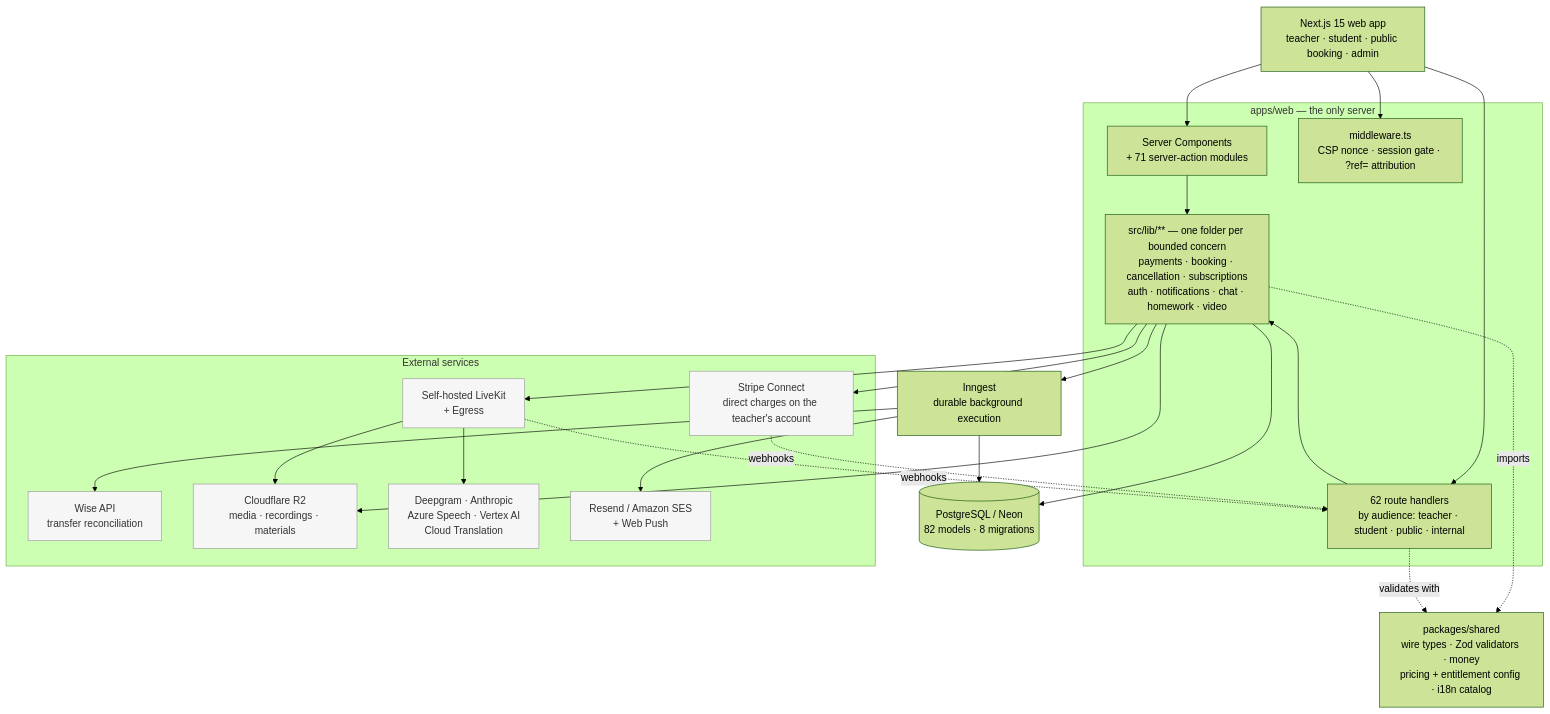
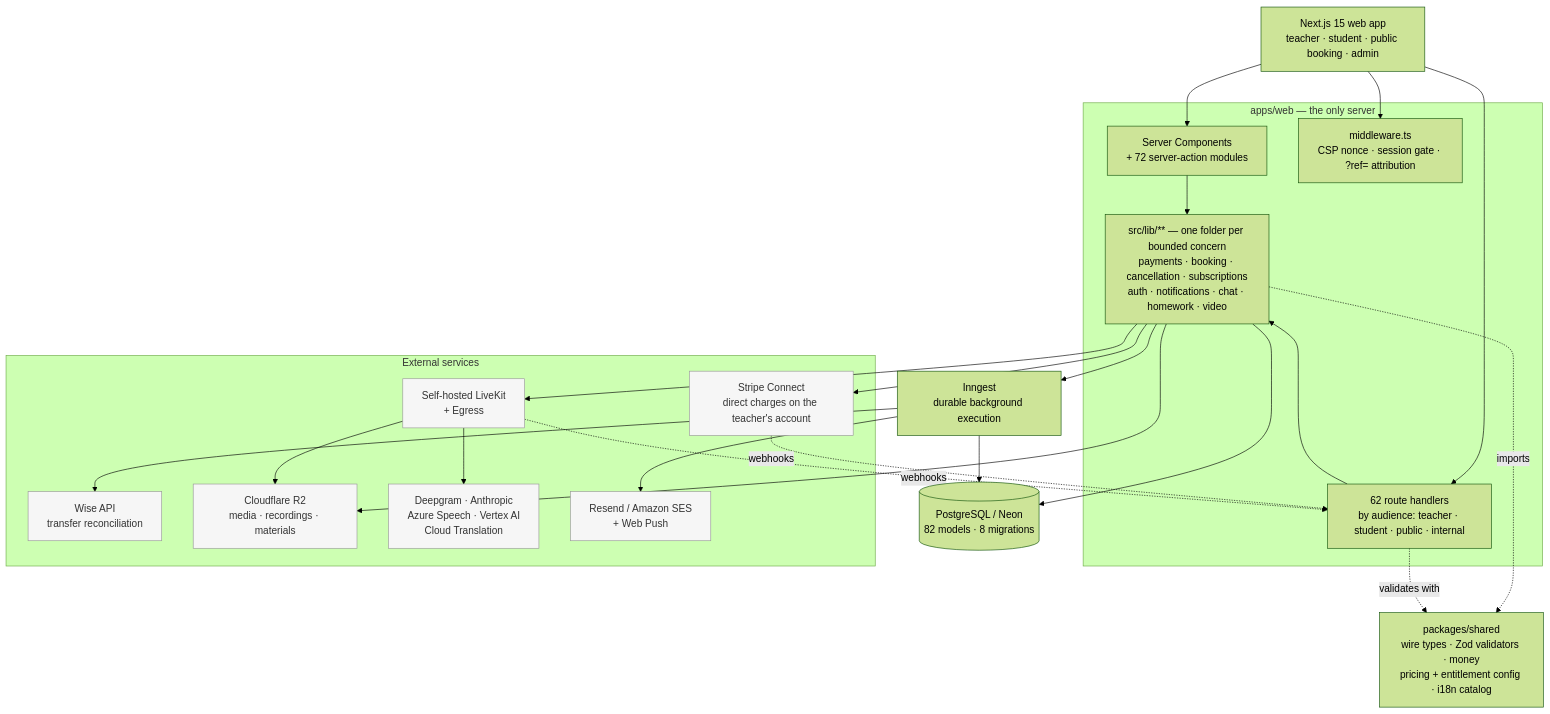
Before and after one commit to jaystewartuk/spiralclass: the first of 2 diagrams in README.md, drawn with Mermaid (forest theme).

Commit message:
The documented count of server-action modules was one short

````diff
--- a/README.md
+++ b/README.md
@@ -131,48 +131,48 @@
 ```mermaid
 graph TB
     WEB["Next.js 15 web app<br/>teacher · student · public booking · admin"]
 
     subgraph app["apps/web — the only server"]
-        RSC["Server Components<br/>+ 71 server-action modules"]
+        RSC["Server Components<br/>+ 72 server-action modules"]
         API["62 route handlers<br/>by audience: teacher · student · public · internal"]
         MW["middleware.ts<br/>CSP nonce · session gate · ?ref= attribution"]
         LIB["src/lib/** — one folder per bounded concern<br/>payments · booking · cancellation · subscriptions<br/>auth · notifications · chat · homework · video"]
     end
 
     SH["packages/shared<br/>wire types · Zod validators · money<br/>pricing + entitlement config · i18n catalog"]
 
     DB[("PostgreSQL / Neon<br/>82 models · 8 migrations")]
     JOBS["Inngest<br/>durable background execution"]
 
     subgraph external["External services"]
         STRIPE["Stripe Connect<br/>direct charges on the teacher's account"]
         WISE["Wise API<br/>transfer reconciliation"]
         LK["Self-hosted LiveKit<br/>+ Egress"]
         R2["Cloudflare R2<br/>media · recordings · materials"]
         AI["Deepgram · Anthropic<br/>Azure Speech · Vertex AI<br/>Cloud Translation"]
         MAIL["Resend / Amazon SES<br/>+ Web Push"]
     end
 
     WEB --> MW
     WEB --> RSC
     WEB --> API
     RSC --> LIB
     API --> LIB
     LIB --> DB
     LIB --> JOBS
     JOBS --> DB
     JOBS --> MAIL
     LIB --> STRIPE
     JOBS --> WISE
     LIB --> LK
     LK --> R2
     LK --> AI
     LIB --> R2
     LIB -.imports.-> SH
     API -.validates with.-> SH
     STRIPE -.webhooks.-> API
     LK -.webhooks.-> API
 
     classDef ext fill:#f6f6f6,stroke:#999,color:#333
     class STRIPE,WISE,LK,R2,AI,MAIL ext
 ```
````
